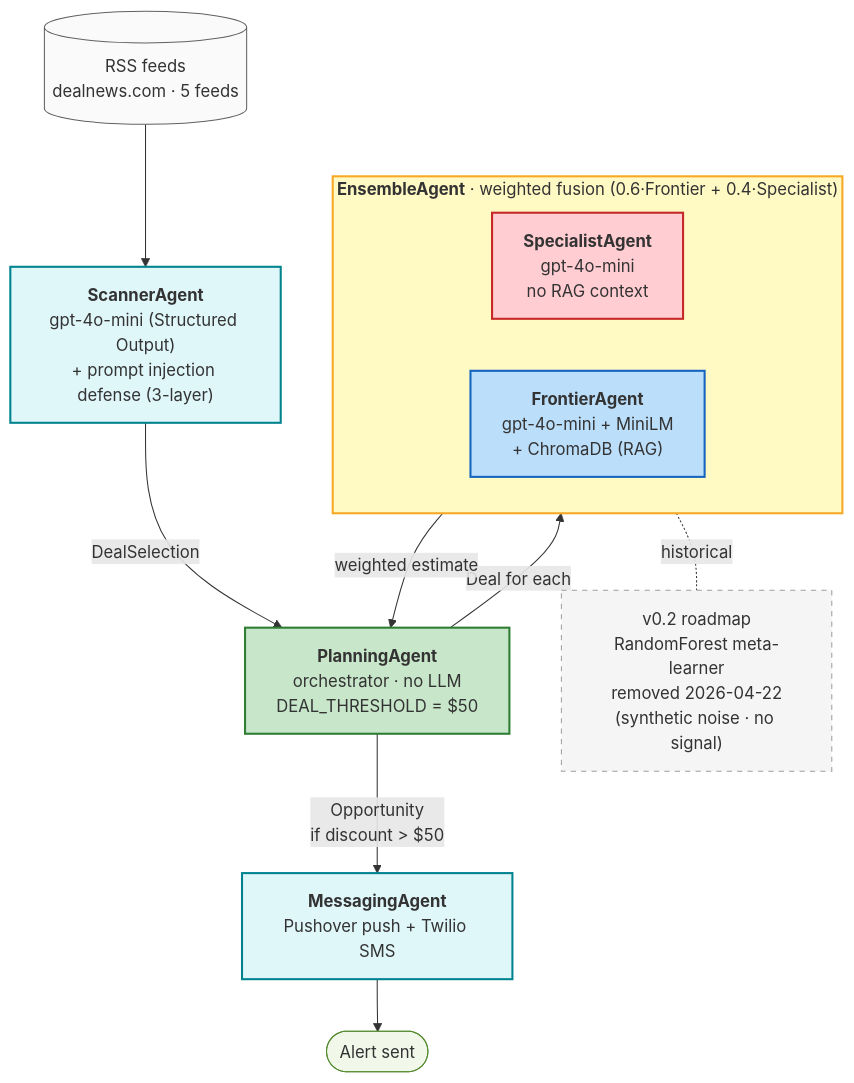
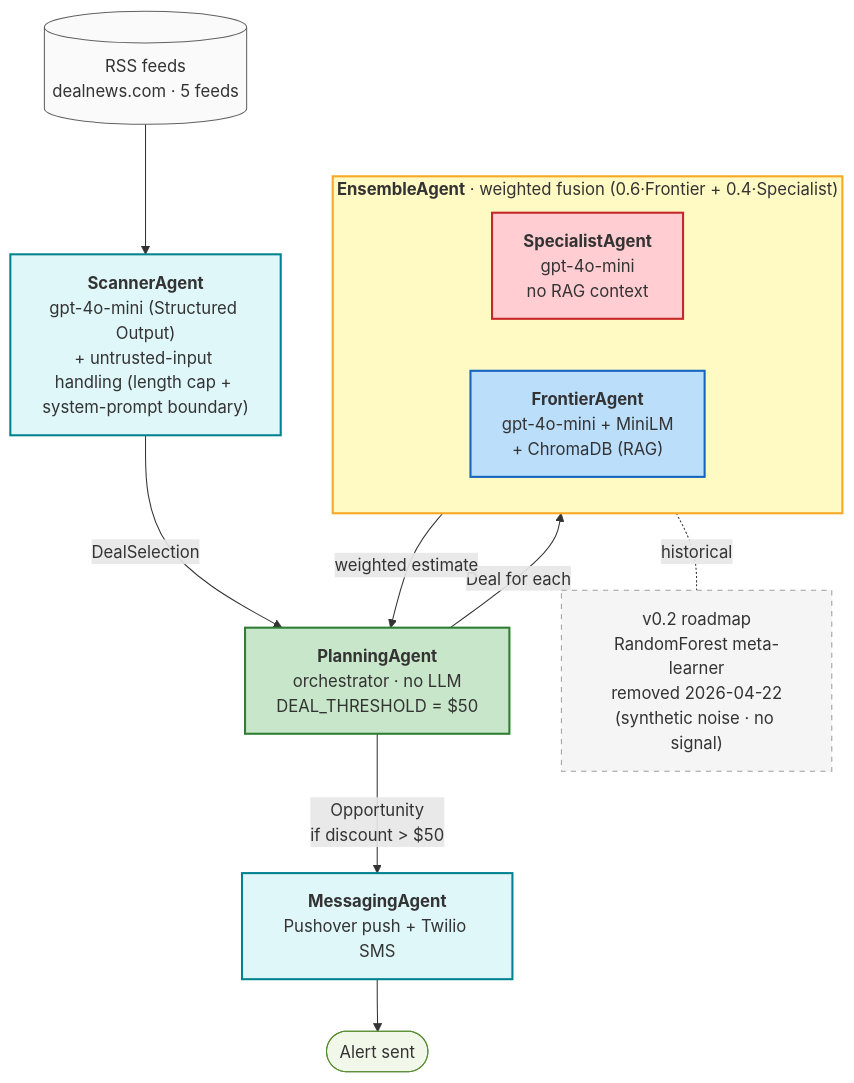
The diagram in README.md (TatianaG-ka/Multimodal_Assistant), drawn with Mermaid before and after one commit. The commit also changed other lines of this file and 1 other file, not shown here.

First line of the commit message:
fix: drop regex injection blacklist from ScannerAgent

````diff
--- a/README.md
+++ b/README.md
@@ -24,35 +24,35 @@
 ```mermaid
 flowchart TD
     RSS[("RSS feeds<br/>dealnews.com · 5 feeds")]
-    Scanner["<b>ScannerAgent</b><br/>gpt-4o-mini (Structured Output)<br/>+ prompt injection defense (3-layer)"]
+    Scanner["<b>ScannerAgent</b><br/>gpt-4o-mini (Structured Output)<br/>+ untrusted-input handling (length cap + system-prompt boundary)"]
     Planning["<b>PlanningAgent</b><br/>orchestrator · no LLM<br/>DEAL_THRESHOLD = $50"]
 
     subgraph Ensemble["<b>EnsembleAgent</b> · weighted fusion (0.6·Frontier + 0.4·Specialist)"]
         direction LR
         Specialist["<b>SpecialistAgent</b><br/>gpt-4o-mini<br/>no RAG context"]
         Frontier["<b>FrontierAgent</b><br/>gpt-4o-mini + MiniLM<br/>+ ChromaDB (RAG)"]
     end
 
     Messaging["<b>MessagingAgent</b><br/>Pushover push + Twilio SMS"]
     Alert(["Alert sent"])
 
     RSS --> Scanner
     Scanner -->|DealSelection| Planning
     Planning -->|Deal for each| Ensemble
     Ensemble -->|weighted estimate| Planning
     Planning -->|Opportunity<br/>if discount > $50| Messaging
     Messaging --> Alert
 
     RF["v0.2 roadmap<br/>RandomForest meta-learner<br/>removed 2026-04-22<br/>(synthetic noise · no signal)"]
     Ensemble -.historical.- RF
 
     style Scanner fill:#e0f7fa,stroke:#00838f,stroke-width:2px
     style Planning fill:#c8e6c9,stroke:#2e7d32,stroke-width:2px
     style Ensemble fill:#fff9c4,stroke:#f9a825,stroke-width:2px
     style Specialist fill:#ffcdd2,stroke:#c62828,stroke-width:2px
     style Frontier fill:#bbdefb,stroke:#1565c0,stroke-width:2px
     style Messaging fill:#e0f7fa,stroke:#00838f,stroke-width:2px
     style RSS fill:#fafafa,stroke:#616161
     style Alert fill:#f1f8e9,stroke:#558b2f
     style RF fill:#f5f5f5,stroke:#9e9e9e,stroke-dasharray: 5 5
 ```
````
